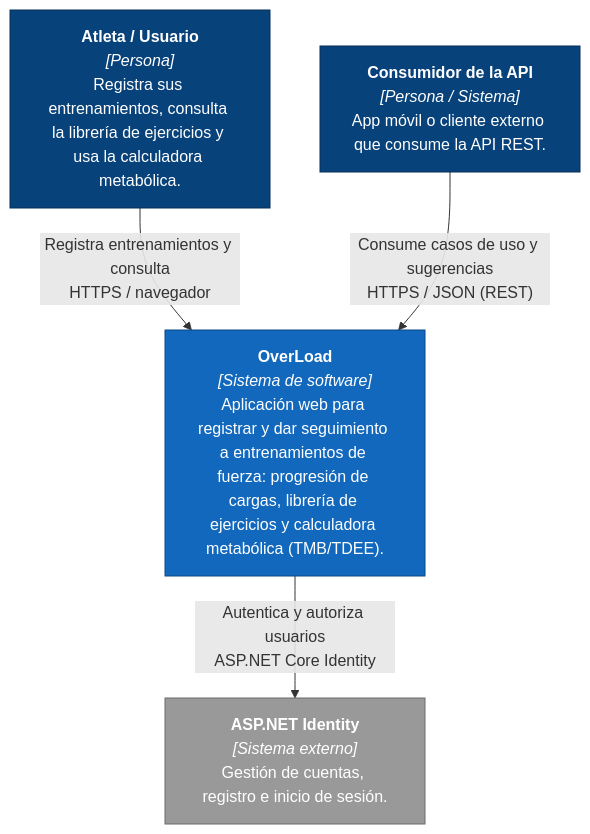
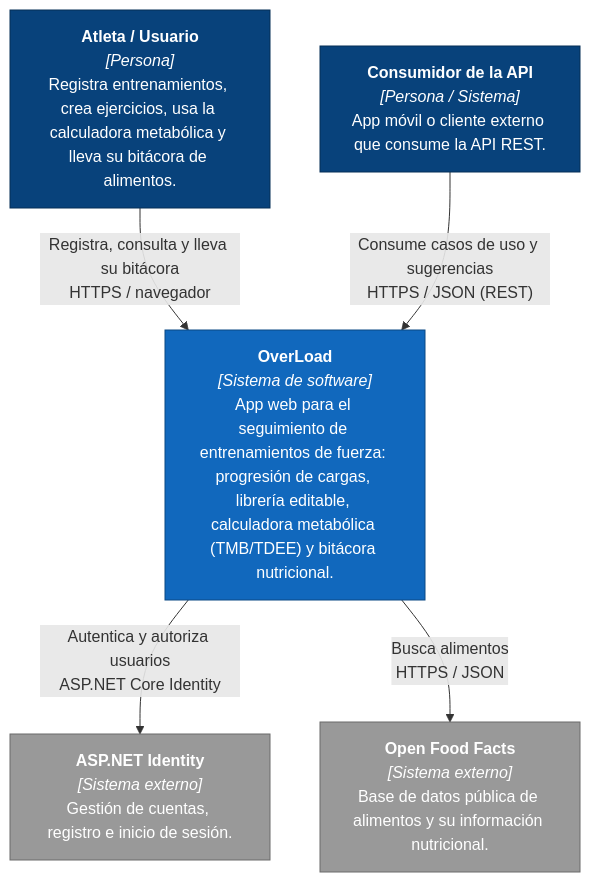
One commit to Josspoot/OverLoad changed the first of 3 diagrams in docs/c4/C4-Modelo.md. Above: the diagram before and after it, drawn with Mermaid. The commit also changed other lines of this file, not shown here.

Commit message:
docs(c4): actualizar diagramas con Bitacora, Open Food Facts y modo por usuario

````diff
--- a/docs/c4/C4-Modelo.md
+++ b/docs/c4/C4-Modelo.md
@@ -26,18 +26,20 @@
 ```mermaid
 flowchart TB
-    atleta["<b>Atleta / Usuario</b><br/><i>[Persona]</i><br/>Registra sus entrenamientos, consulta la librería de ejercicios y usa la calculadora metabólica."]
+    atleta["<b>Atleta / Usuario</b><br/><i>[Persona]</i><br/>Registra entrenamientos, crea ejercicios, usa la calculadora metabólica y lleva su bitácora de alimentos."]
     clienteApi["<b>Consumidor de la API</b><br/><i>[Persona / Sistema]</i><br/>App móvil o cliente externo que consume la API REST."]
-    overload["<b>OverLoad</b><br/><i>[Sistema de software]</i><br/>Aplicación web para registrar y dar seguimiento a entrenamientos de fuerza: progresión de cargas, librería de ejercicios y calculadora metabólica (TMB/TDEE)."]
+    overload["<b>OverLoad</b><br/><i>[Sistema de software]</i><br/>App web para el seguimiento de entrenamientos de fuerza: progresión de cargas, librería editable, calculadora metabólica (TMB/TDEE) y bitácora nutricional."]
     identity["<b>ASP.NET Identity</b><br/><i>[Sistema externo]</i><br/>Gestión de cuentas, registro e inicio de sesión."]
+    off["<b>Open Food Facts</b><br/><i>[Sistema externo]</i><br/>Base de datos pública de alimentos y su información nutricional."]
 
-    atleta -->|"Registra entrenamientos y consulta<br/>HTTPS / navegador"| overload
+    atleta -->|"Registra, consulta y lleva su bitácora<br/>HTTPS / navegador"| overload
     clienteApi -->|"Consume casos de uso y sugerencias<br/>HTTPS / JSON (REST)"| overload
     overload -->|"Autentica y autoriza usuarios<br/>ASP.NET Core Identity"| identity
+    overload -->|"Busca alimentos<br/>HTTPS / JSON"| off
 
     classDef persona fill:#08427b,stroke:#052e56,color:#ffffff;
     classDef sistema fill:#1168bd,stroke:#0b4884,color:#ffffff;
     classDef externo fill:#999999,stroke:#6b6b6b,color:#ffffff;
     class atleta,clienteApi persona
     class overload sistema
-    class identity externo
+    class identity,off externo
 ```
````
